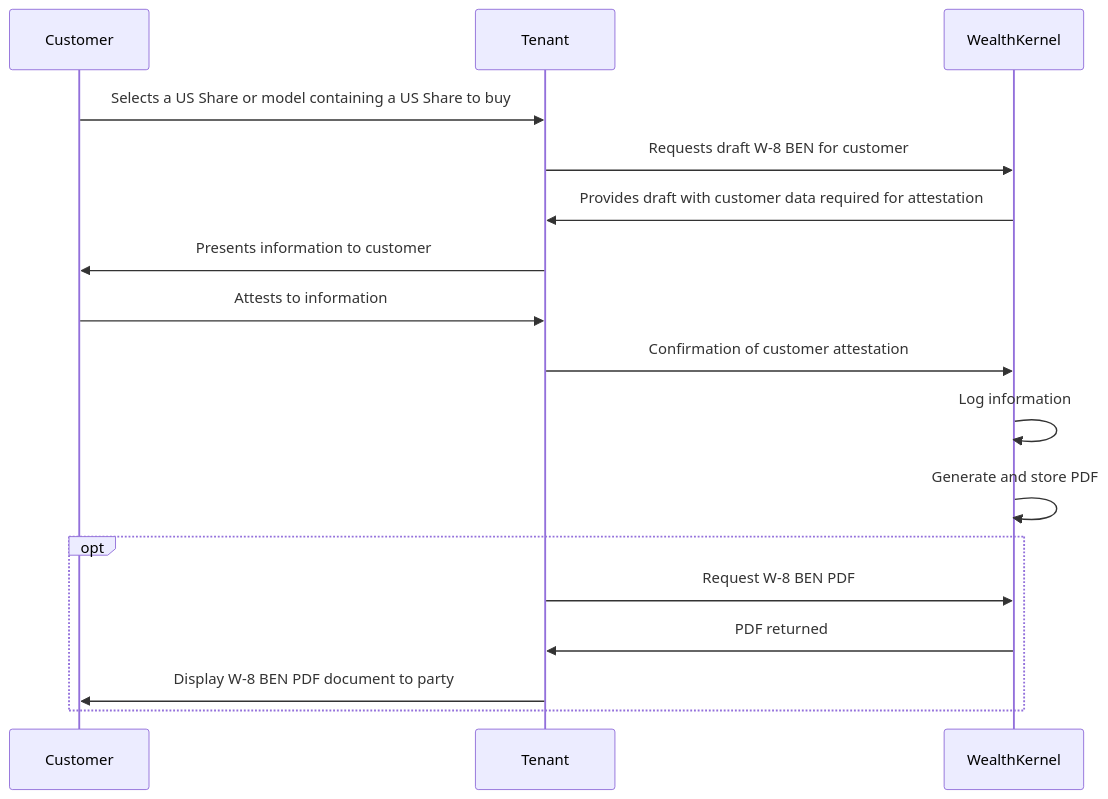
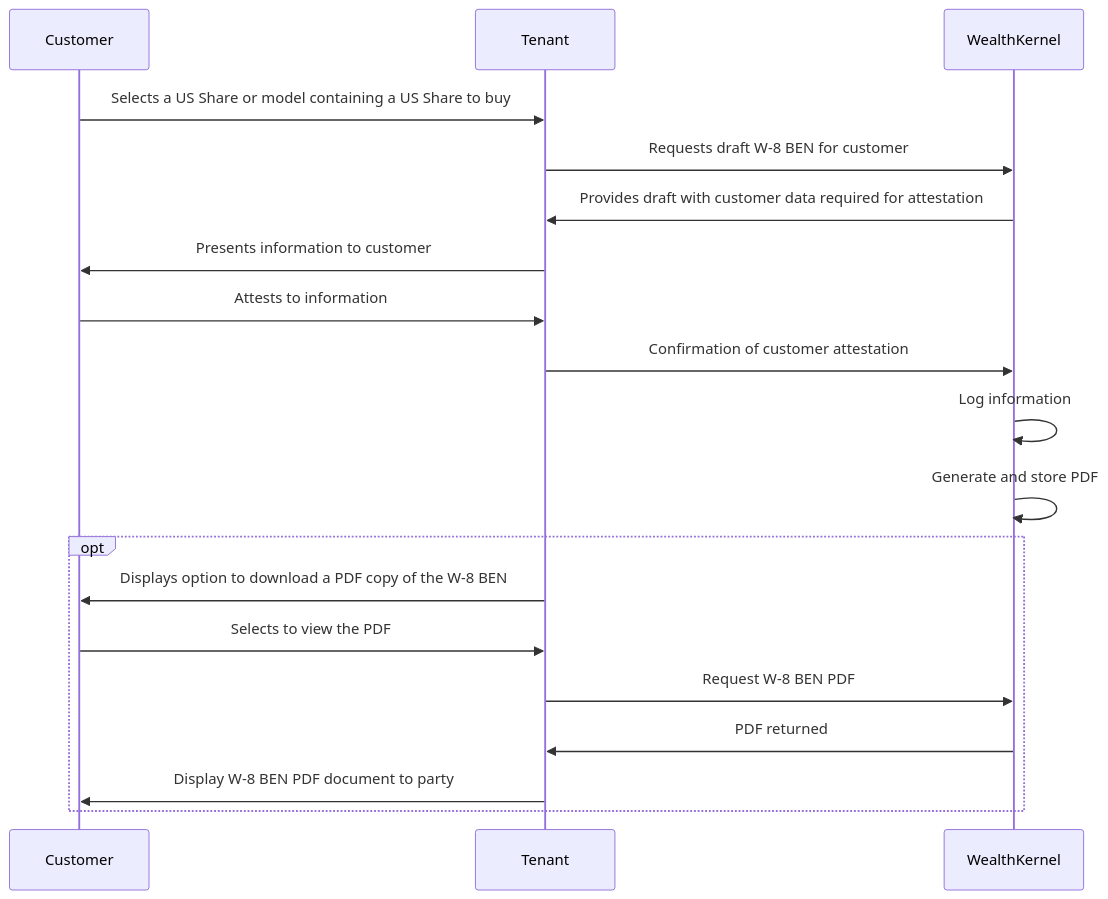
Before and after one commit to wealthkernel/api-documentation-guides: the diagram in docs/US-Withholding-Tax/Basics.md, drawn with Mermaid.

````diff
--- a/docs/US-Withholding-Tax/Basics.md
+++ b/docs/US-Withholding-Tax/Basics.md
@@ -15,19 +15,21 @@
 ```mermaid
 sequenceDiagram
     participant C as Customer
     participant T as Tenant
     participant W as WealthKernel
     C->>T: Selects a US Share or model containing a US Share to buy
     T->>W: Requests draft W-8 BEN for customer
     W->>T: Provides draft with customer data required for attestation
     T->>C: Presents information to customer
     C->>T: Attests to information
     T->>W: Confirmation of customer attestation
     W->>W: Log information 
     W->>W: Generate and store PDF
-opt   
+opt  
+    T->>C: Displays option to download a PDF copy of the W-8 BEN
+    C->>T: Selects to view the PDF 
     T->>W: Request W-8 BEN PDF
     W->>T: PDF returned
     T->>C: Display W-8 BEN PDF document to party
 end
 ```
````
